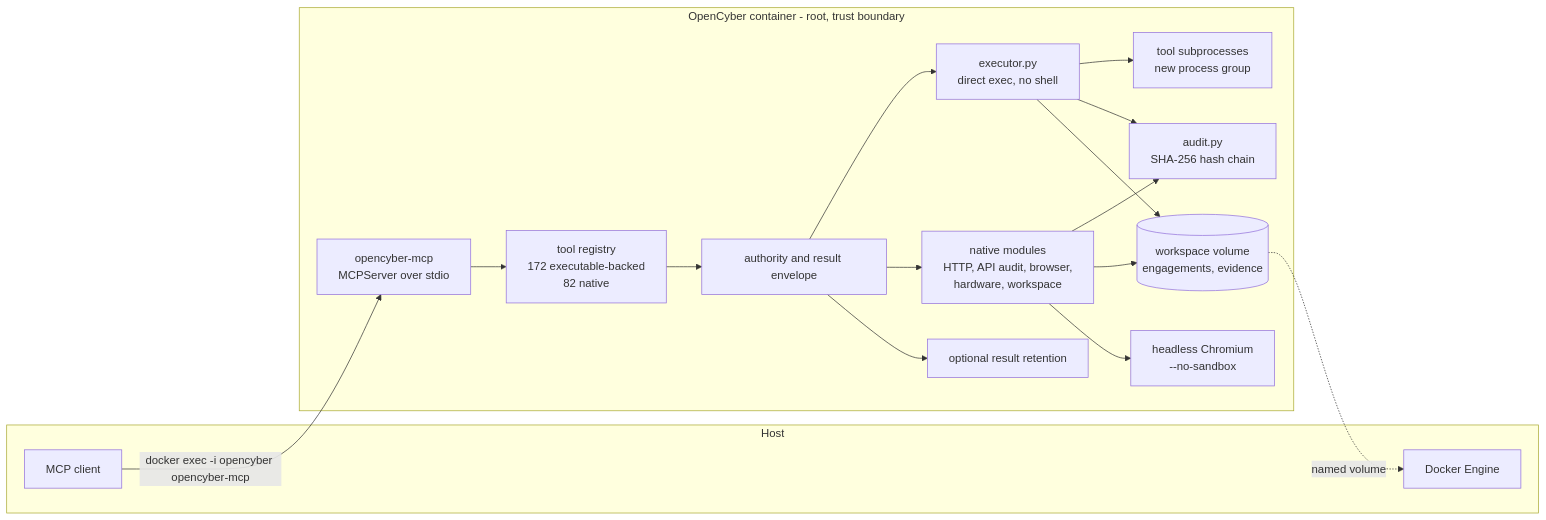
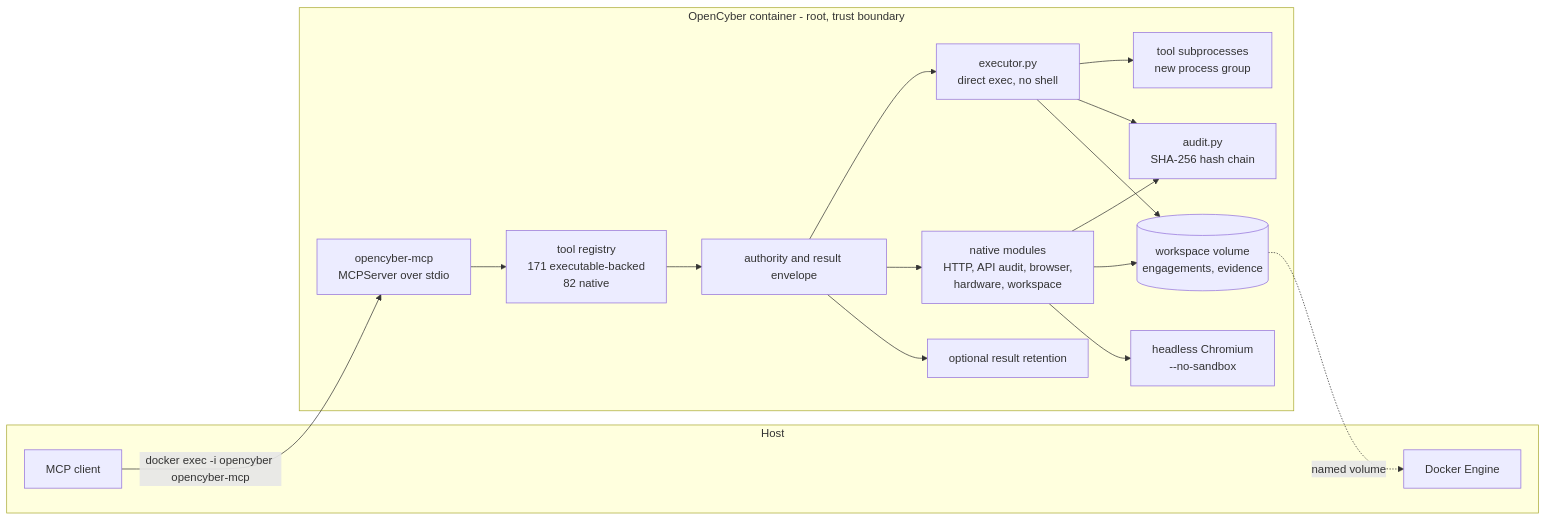
One commit to mitkox/opencyber changed the diagram in docs/ARCHITECTURE.md. Above: the diagram before and after it, drawn with Mermaid. The commit also changed other lines of this file and 7 other files, not shown here.

````diff
--- a/docs/ARCHITECTURE.md
+++ b/docs/ARCHITECTURE.md
@@ -9,34 +9,34 @@
 ```mermaid
 flowchart LR
   subgraph Host
     Client["MCP client"]
     Docker["Docker Engine"]
   end
 
   subgraph Container["OpenCyber container - root, trust boundary"]
     Server["opencyber-mcp<br/>MCPServer over stdio"]
-    Registry["tool registry<br/>172 executable-backed<br/>82 native"]
+    Registry["tool registry<br/>171 executable-backed<br/>82 native"]
     Contract["authority and result envelope"]
     Results["optional result retention"]
     Executor["executor.py<br/>direct exec, no shell"]
     Native["native modules<br/>HTTP, API audit, browser,<br/>hardware, workspace"]
     Audit["audit.py<br/>SHA-256 hash chain"]
     Workspace[("workspace volume<br/>engagements, evidence")]
     Children["tool subprocesses<br/>new process group"]
     Chromium["headless Chromium<br/>--no-sandbox"]
   end
 
   Client -->|"docker exec -i opencyber opencyber-mcp"| Server
   Server --> Registry
   Registry --> Contract
   Contract --> Executor
   Contract --> Native
   Contract --> Results
   Executor --> Children
   Executor --> Audit
   Native --> Audit
   Executor --> Workspace
   Native --> Workspace
   Native --> Chromium
   Workspace -.->|"named volume"| Docker
 ```
````
